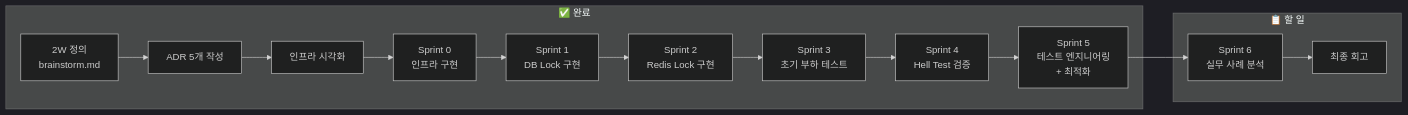
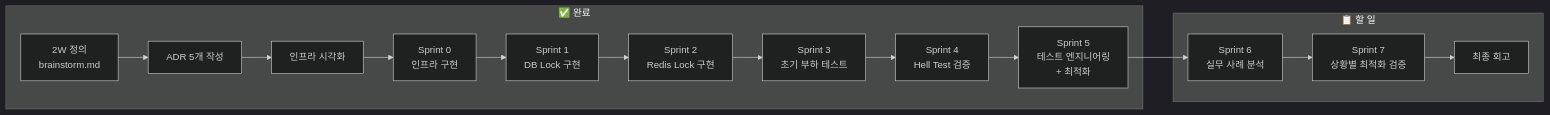
Before and after one commit to JuJin1324/concurrency-control-poc: the second of 2 diagrams in docs/planning/how-diagram.md, drawn with Mermaid (dark theme). The commit also changed other lines of this file and 5 other files, not shown here.

First line of the commit message:
docs: finalize sprint 6 deep-dive research & roadmap update

````diff
--- a/docs/planning/how-diagram.md
+++ b/docs/planning/how-diagram.md
@@ -68,30 +70,32 @@
 ```mermaid
 flowchart LR
     subgraph Done["✅ 완료"]
         D1[2W 정의<br/>brainstorm.md]
         D2[ADR 5개 작성]
         D3[인프라 시각화]
         D4[Sprint 0<br/>인프라 구현]
         D5[Sprint 1<br/>DB Lock 구현]
         D6[Sprint 2<br/>Redis Lock 구현]
         D7[Sprint 3<br/>초기 부하 테스트]
         D8[Sprint 4<br/>Hell Test 검증]
         D9[Sprint 5<br/>테스트 엔지니어링<br/>+ 최적화]
     end
 
     subgraph Todo["📋 할 일"]
         T7[Sprint 6<br/>실무 사례 분석]
-        T8[최종 회고]
+        T8[Sprint 7<br/>상황별 최적화 검증]
+        T9[최종 회고]
     end
 
     D1 --> D2
     D2 --> D3
     D3 --> D4
     D4 --> D5
     D5 --> D6
     D6 --> D7
     D7 --> D8
     D8 --> D9
     D9 --> T7
     T7 --> T8
+    T8 --> T9
 ```
````
